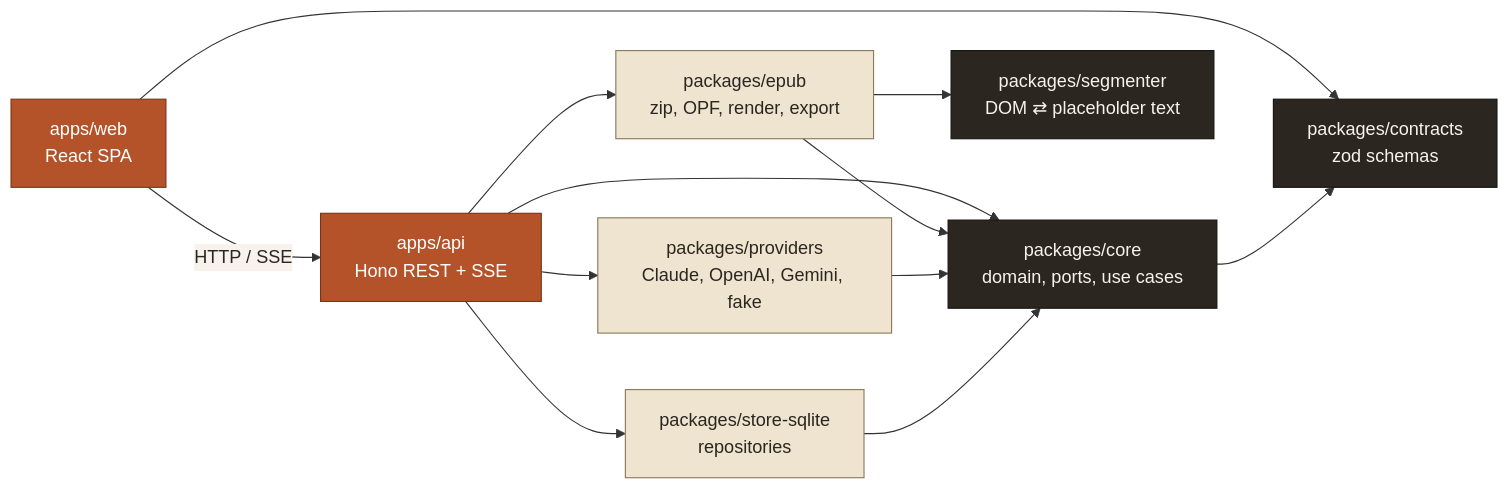
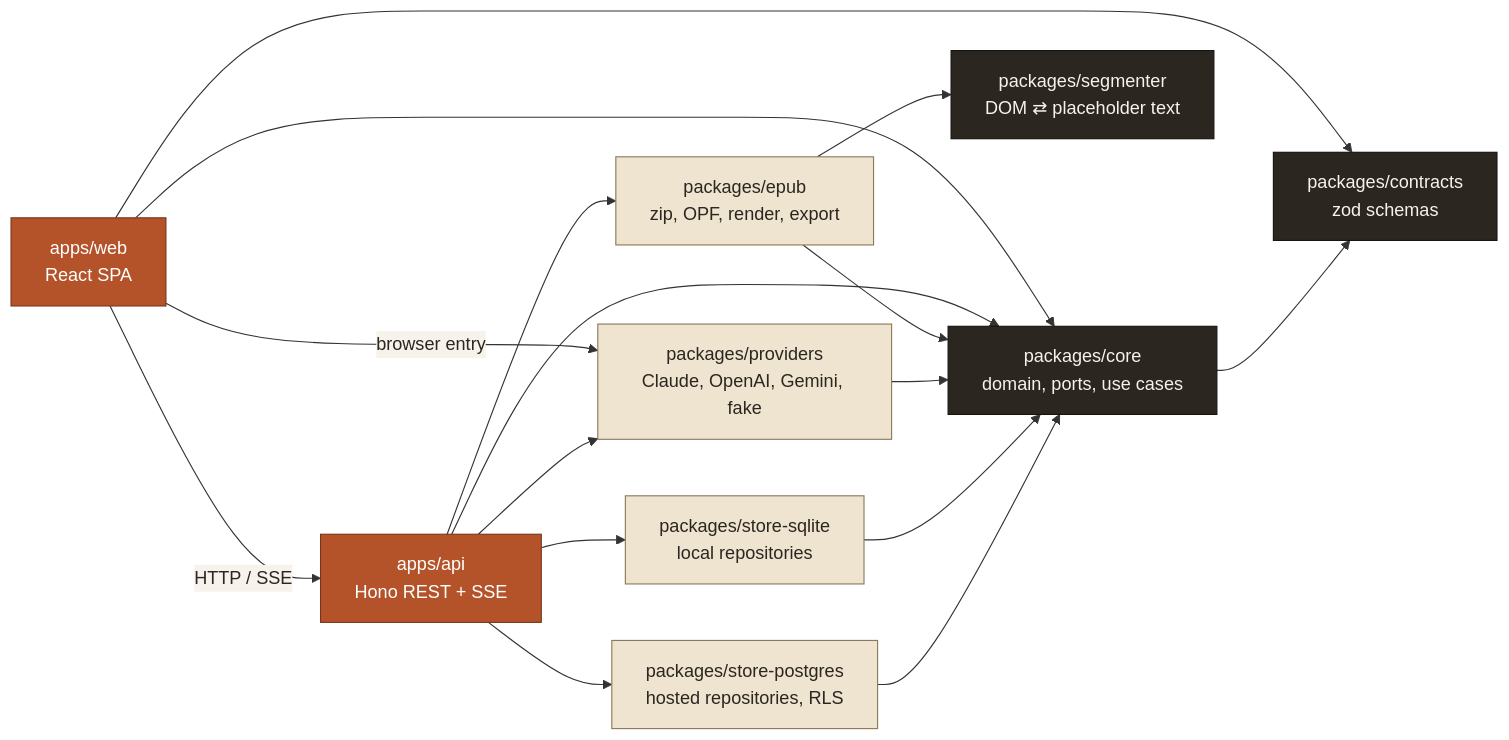
The diagram in README.md (AbhinavMV/epub-translator), drawn with Mermaid before and after one commit. The commit also changed other lines of this file and 1 other file, not shown here.

First line of the commit message:
docs: cover proofreading and hosted mode in the readme

````diff
--- a/README.md
+++ b/README.md
@@ -54,29 +60,34 @@
 ```mermaid
 %%{init: {"themeVariables": {"edgeLabelBackground": "#f7f3ec"}}}%%
 flowchart LR
   web["apps/web<br/>React SPA"]:::app
   api["apps/api<br/>Hono REST + SSE"]:::app
   contracts["packages/contracts<br/>zod schemas"]:::pure
   core["packages/core<br/>domain, ports, use cases"]:::pure
   seg["packages/segmenter<br/>DOM ⇄ placeholder text"]:::pure
   epub["packages/epub<br/>zip, OPF, render, export"]:::adapter
   prov["packages/providers<br/>Claude, OpenAI, Gemini, fake"]:::adapter
-  store["packages/store-sqlite<br/>repositories"]:::adapter
+  store["packages/store-sqlite<br/>local repositories"]:::adapter
+  pg["packages/store-postgres<br/>hosted repositories, RLS"]:::adapter
 
   web -- "HTTP / SSE" --> api
   web --> contracts
+  web --> core
+  web -- "browser entry" --> prov
   api --> core
   api --> epub
   api --> prov
   api --> store
   core --> contracts
   epub --> core
   epub --> seg
   prov --> core
   store --> core
+  api --> pg
+  pg --> core
 
-  linkStyle 0 color:#2b2620
+  linkStyle 0,3 color:#2b2620
   classDef app fill:#b4532a,stroke:#7a3519,color:#ffffff
   classDef pure fill:#2b2620,stroke:#16140f,color:#f7f3ec
   classDef adapter fill:#efe4cf,stroke:#8a7a5c,color:#2b2620
 ```
````
